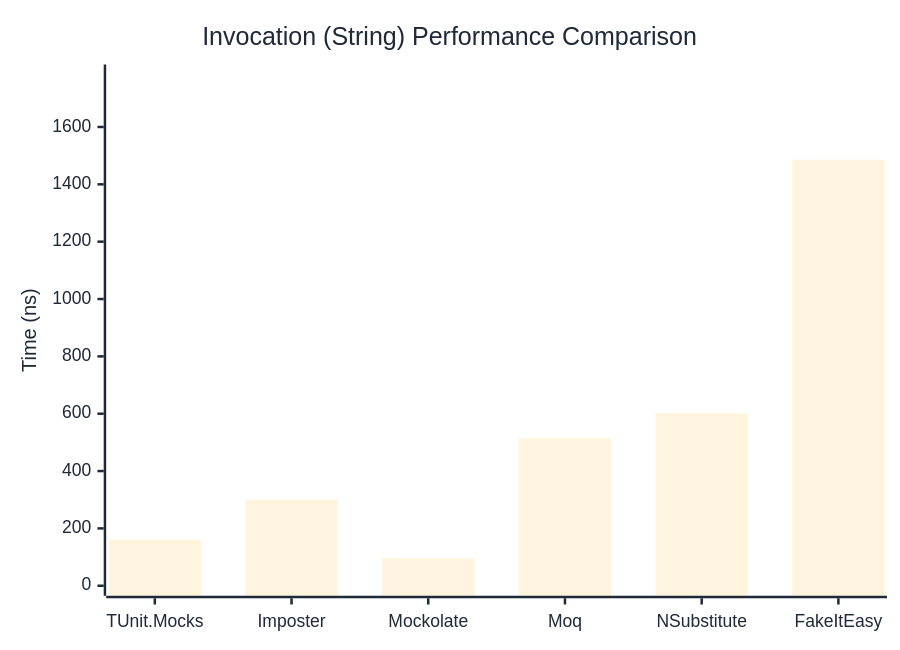
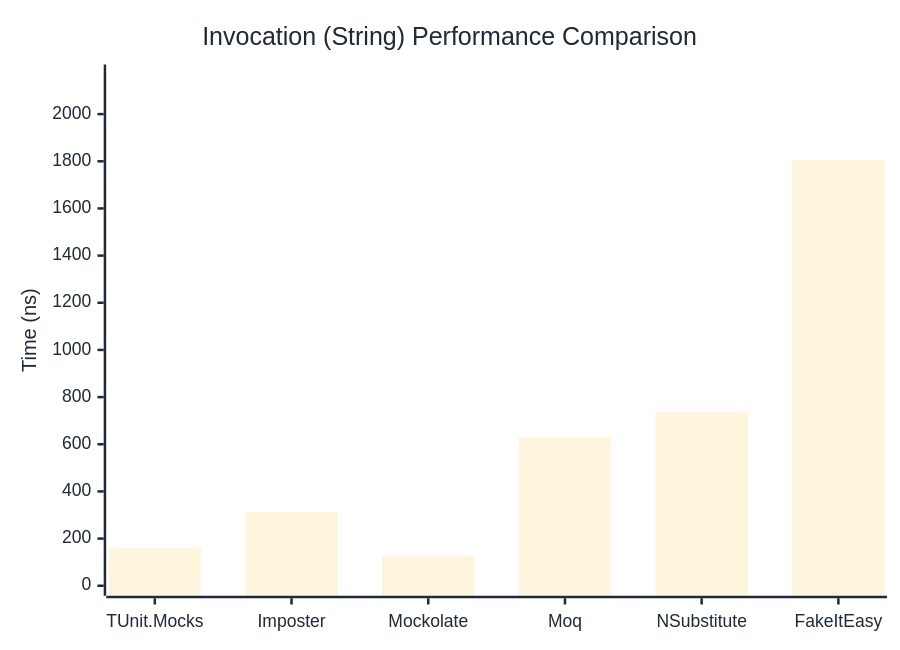
One commit to thomhurst/TUnit changed the second of 3 diagrams in docs/docs/benchmarks/mocks/Invocation.md. Above: the diagram before and after it, drawn with Mermaid. The commit also changed other lines of this file and 14 other files, not shown here.

````diff
--- a/docs/docs/benchmarks/mocks/Invocation.md
+++ b/docs/docs/benchmarks/mocks/Invocation.md
@@ -69,27 +69,27 @@
 ```mermaid
 %%{init: {
   'theme':'base',
   'themeVariables': {
     'primaryColor': '#2563eb',
     'primaryTextColor': '#1f2937',
     'primaryBorderColor': '#1e40af',
     'lineColor': '#6b7280',
     'secondaryColor': '#7c3aed',
     'tertiaryColor': '#dc2626',
     'background': '#ffffff',
     'pie1': '#2563eb',
     'pie2': '#7c3aed',
     'pie3': '#dc2626',
     'pie4': '#f59e0b',
     'pie5': '#10b981',
     'pie6': '#06b6d4',
     'pie7': '#ec4899',
     'pie8': '#6366f1'
   }
 }}%%
 xychart-beta
   title "Invocation (String) Performance Comparison"
   x-axis ["TUnit.Mocks", "Imposter", "Mockolate", "Moq", "NSubstitute", "FakeItEasy"]
-  y-axis "Time (ns)" 0 --> 1783
-  bar [160.37, 299.72, 95.72, 514.31, 601.13, 1485.52]
+  y-axis "Time (ns)" 0 --> 2168
+  bar [161.5, 312.3, 124.4, 630.9, 734.8, 1806.2]
 ```
````
